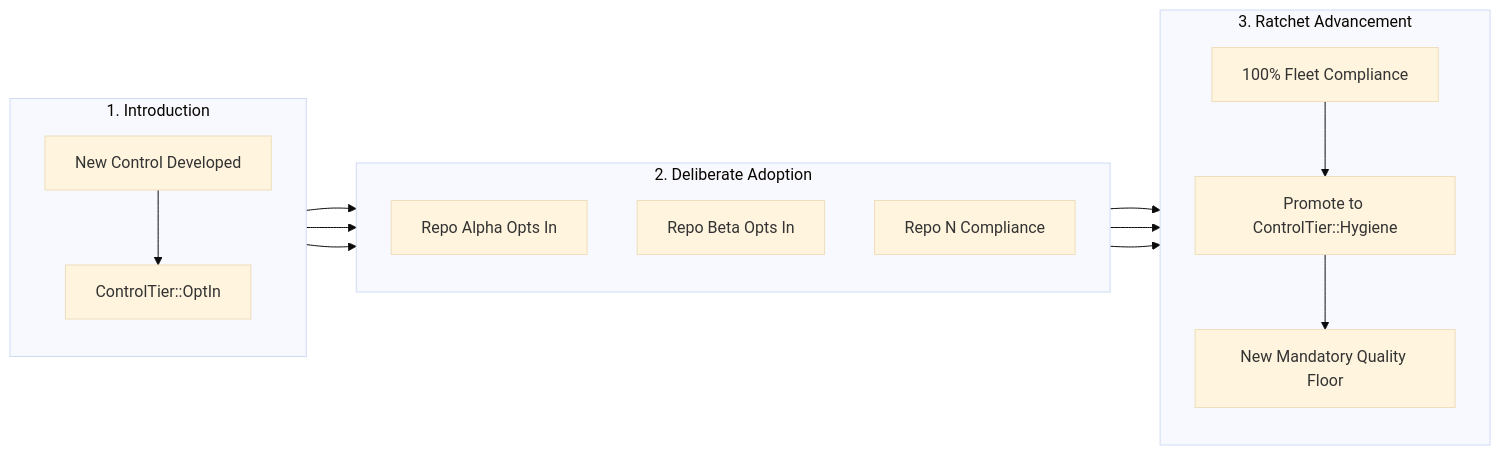
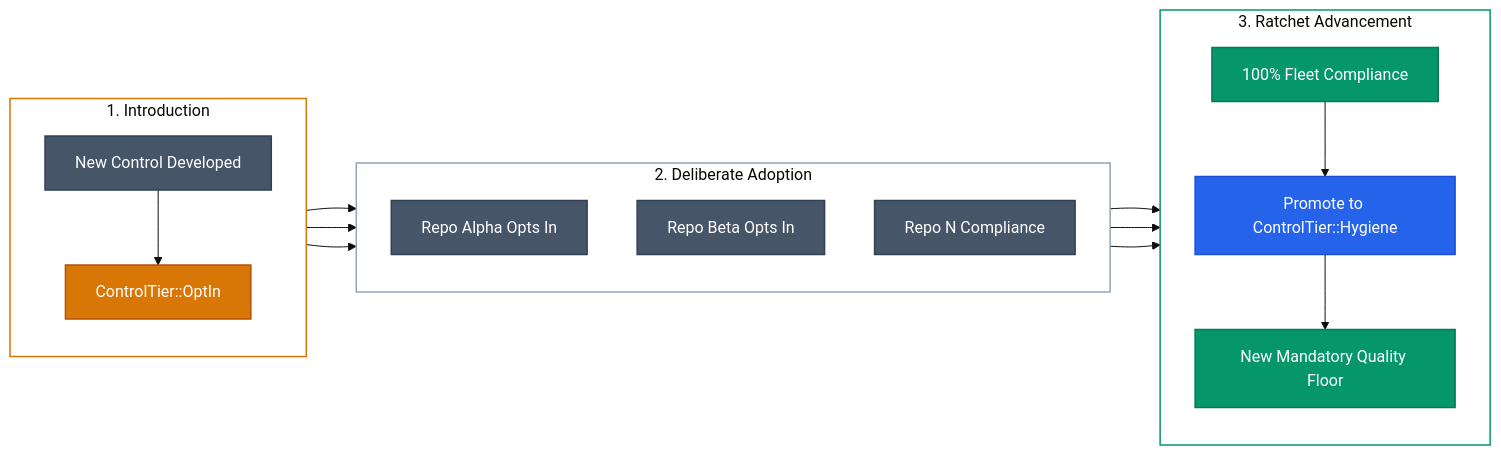
One commit to acje/acje.github.io changed the fourth of 6 diagrams in content/projects/sf-sdlc/index.md. Above: the diagram before and after it, drawn with Mermaid (base theme). The commit also changed other lines of this file and 2 other files, not shown here.

Commit message:
Modernize and unify Mermaid diagram color schemes across project presentations

````diff
--- a/content/projects/sf-sdlc/index.md
+++ b/content/projects/sf-sdlc/index.md
@@ -113,21 +148,35 @@
 ```mermaid
 flowchart LR
     subgraph Phase1 [1. Introduction]
         direction TB
         NEW[New Control Developed] --> OPT[ControlTier::OptIn]
     end
 
     subgraph Phase2 [2. Deliberate Adoption]
         direction TB
         OPT --> R1[Repo Alpha Opts In]
         OPT --> R2[Repo Beta Opts In]
         OPT --> RN[Repo N Compliance]
     end
 
     subgraph Phase3 [3. Ratchet Advancement]
         direction TB
         R1 & R2 & RN --> COMPLIANT[100% Fleet Compliance]
         COMPLIANT --> PROMOTE[Promote to ControlTier::Hygiene]
         PROMOTE --> BASELINE[New Mandatory Quality Floor]
     end
+
+    classDef amber fill:#d97706,stroke:#b45309,stroke-width:1.5px,color:#ffffff
+    classDef slate fill:#475569,stroke:#334155,stroke-width:1.5px,color:#ffffff
+    classDef blue fill:#2563eb,stroke:#1d4ed8,stroke-width:1.5px,color:#ffffff
+    classDef green fill:#059669,stroke:#047857,stroke-width:1.5px,color:#ffffff
+
+    class OPT amber
+    class NEW,R1,R2,RN slate
+    class PROMOTE blue
+    class COMPLIANT,BASELINE green
+
+    style Phase1 fill:transparent,stroke:#d97706,stroke-width:1.5px
+    style Phase2 fill:transparent,stroke:#94a3b8,stroke-width:1.5px
+    style Phase3 fill:transparent,stroke:#059669,stroke-width:1.5px
 ```
````
